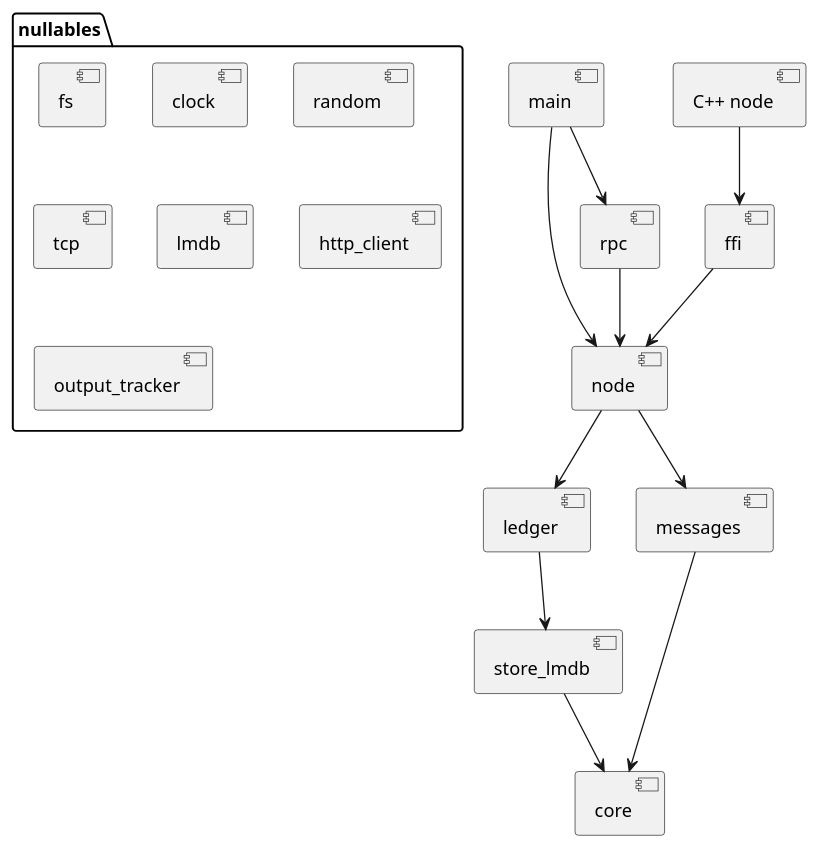
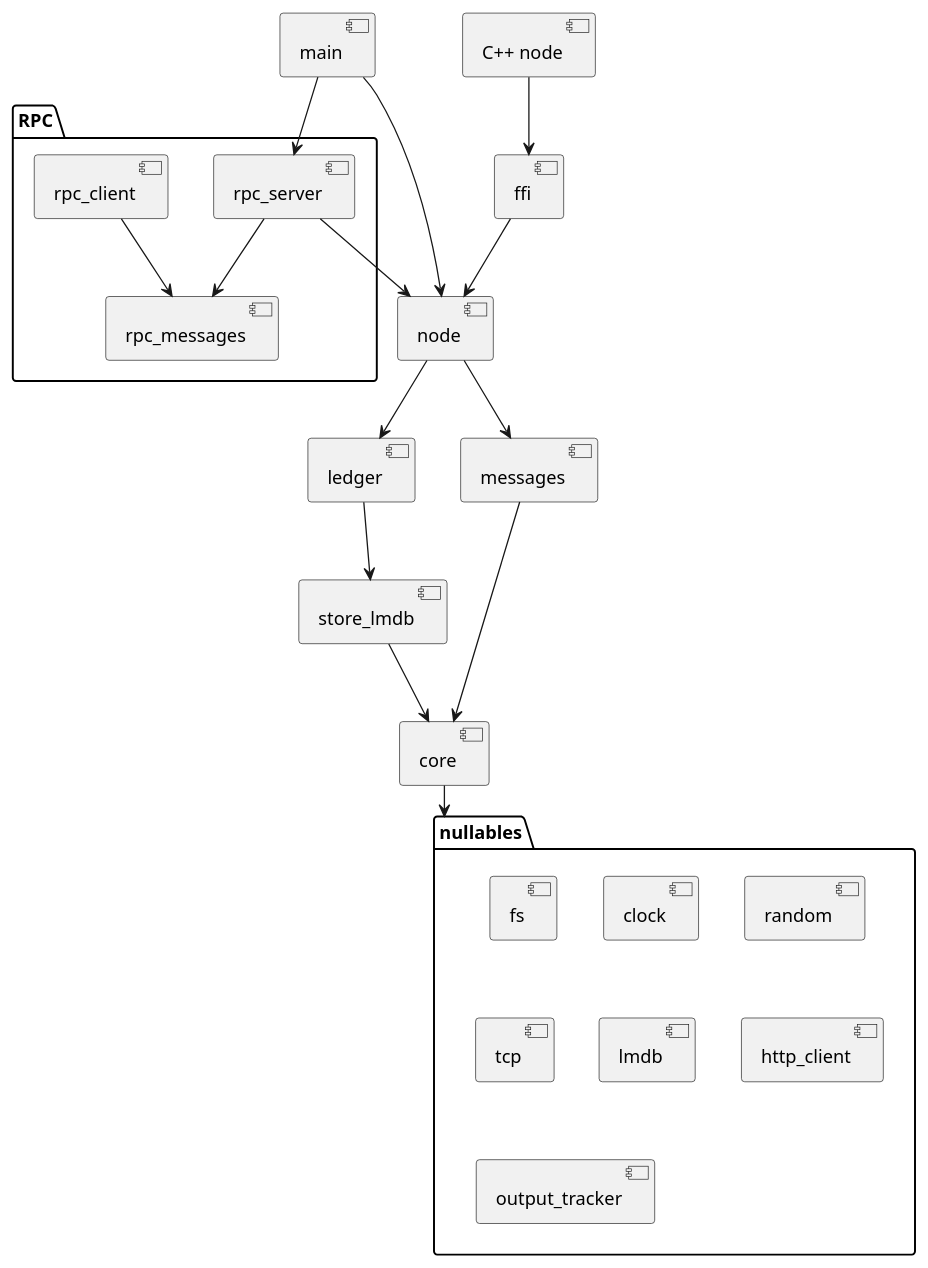
Before and after one commit to stjet/rsban-node: the diagram in rust/doc/crates.puml, drawn with PlantUML. The commit also changed 10 other files, not shown here.

Commit message:
Add crateo for RPC messages

```diff
--- a/rust/doc/crates.puml
+++ b/rust/doc/crates.puml
@@ -1,35 +1,42 @@
 @startuml "Split crates"
 
-[nullables]
 [core]
 [ledger]
 [store_lmdb]
 [messages]
 [node]
 [main]
-[rpc]
 [ffi]
 [C++ node]
 
 folder "nullables"{
 [fs]
 [clock]
 [random]
 [tcp]
 [lmdb]
 [http_client]
 [output_tracker]
 }
 
+folder "RPC"{
+    [rpc_messages]
+    [rpc_server]
+    [rpc_client]
+}
+
 [C++ node] --> [ffi]
 [main] --> [node]
-[main] --> [rpc]
-[rpc] --> [node]
+[main] --> [rpc_server]
+[rpc_server] --> [node]
+[rpc_server] --> [rpc_messages]
+[rpc_client] --> [rpc_messages]
 [node] --> [ledger]
 [node] --> [messages]
 [messages] --> [core]
 [ledger] --> [store_lmdb]
 [store_lmdb] --> [core]
 [ffi] --> [node]
+[core] --> "nullables"
 
 @enduml
```
